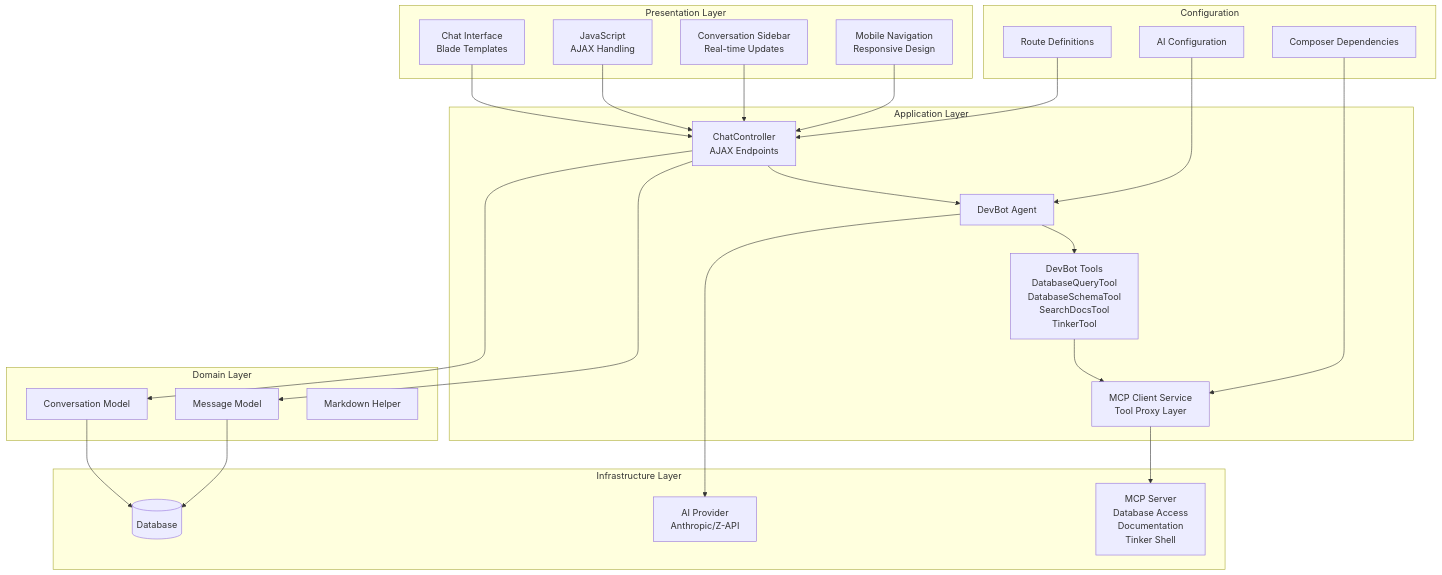
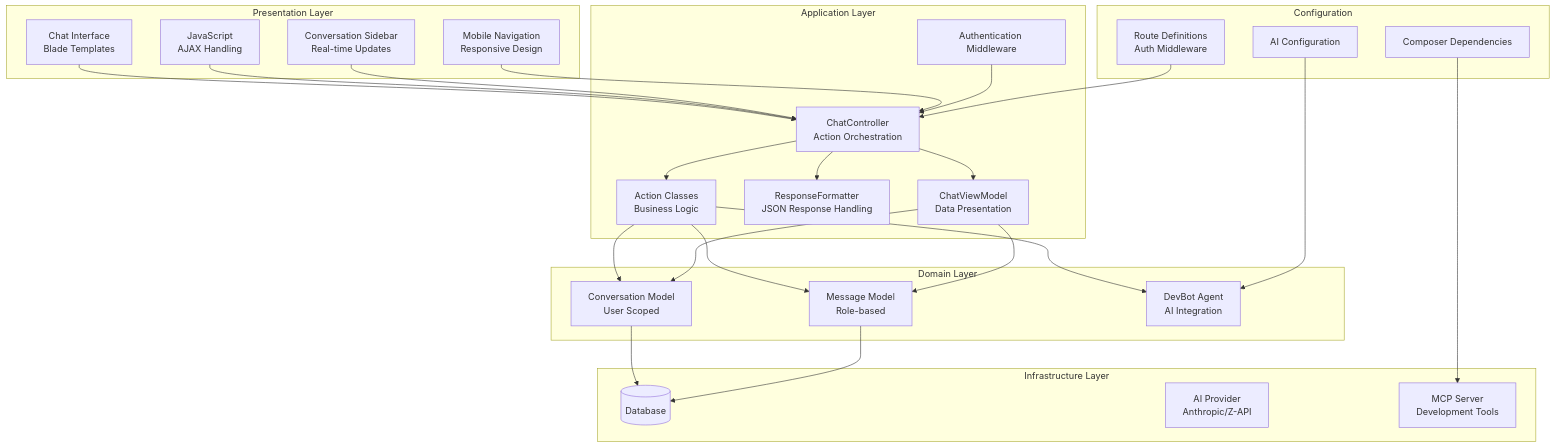
The first of 8 diagrams in .qoder/repowiki/en/content/Frontend Development/Chat Interface System.md (siimliimand/laravel-assistant), drawn with Mermaid before and after one commit. The commit also changed other lines of this file and 5 other files, not shown here.

First line of the commit message:
feat(auth): integrate comprehensive user authentication and ownership validation

````diff
--- a/.qoder/repowiki/en/content/Frontend Development/Chat Interface System.md
+++ b/.qoder/repowiki/en/content/Frontend Development/Chat Interface System.md
@@ -59,46 +62,49 @@
 ```mermaid
 graph TB
 subgraph "Presentation Layer"
 UI[Chat Interface<br/>Blade Templates]
 JS[JavaScript<br/>AJAX Handling]
 Sidebar[Conversation Sidebar<br/>Real-time Updates]
 Mobile[Mobile Navigation<br/>Responsive Design]
 end
 subgraph "Application Layer"
-Controller[ChatController<br/>AJAX Endpoints]
-Agent[DevBot Agent]
-Tools[DevBot Tools<br/>DatabaseQueryTool<br/>DatabaseSchemaTool<br/>SearchDocsTool<br/>TinkerTool]
-MCP[MCP Client Service<br/>Tool Proxy Layer]
+Auth[Authentication Middleware]
+Controller[ChatController<br/>Action Orchestration]
+Actions[Action Classes<br/>Business Logic]
+Formatter[ResponseFormatter<br/>JSON Response Handling]
+ViewModel[ChatViewModel<br/>Data Presentation]
 end
 subgraph "Domain Layer"
-Conversation[Conversation Model]
-Message[Message Model]
-Markdown[Markdown Helper]
+Conversation[Conversation Model<br/>User Scoped]
+Message[Message Model<br/>Role-based]
+DevBot[DevBot Agent<br/>AI Integration]
 end
 subgraph "Infrastructure Layer"
 Database[(Database)]
 AI_Provider[AI Provider<br/>Anthropic/Z-API]
-MCP_Server[MCP Server<br/>Database Access<br/>Documentation<br/>Tinker Shell]
+MCP_Server[MCP Server<br/>Development Tools]
 end
 subgraph "Configuration"
-Routes[Route Definitions]
+Routes[Route Definitions<br/>Auth Middleware]
 Config[AI Configuration]
 Composer[Composer Dependencies]
 end
 UI --> Controller
 JS --> Controller
 Sidebar --> Controller
 Mobile --> Controller
-Controller --> Agent
-Controller --> Conversation
-Controller --> Message
-Agent --> Tools
-Agent --> AI_Provider
-Tools --> MCP
-MCP --> MCP_Server
+Auth --> Controller
+Controller --> Actions
+Controller --> Formatter
+Controller --> ViewModel
+Actions --> Conversation
+Actions --> Message
+Actions --> DevBot
 Conversation --> Database
 Message --> Database
+ViewModel --> Conversation
+ViewModel --> Message
 Routes --> Controller
-Config --> Agent
-Composer --> MCP
+Config --> DevBot
+Composer --> MCP_Server
 ```
````
